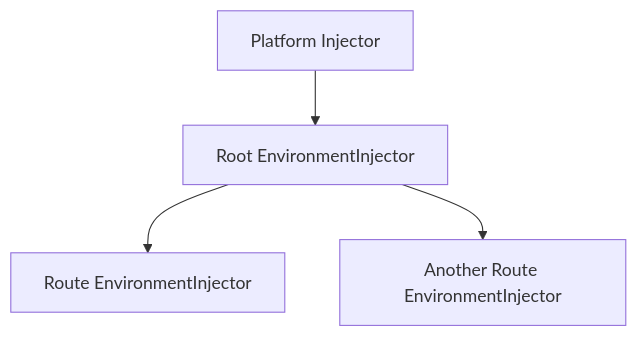
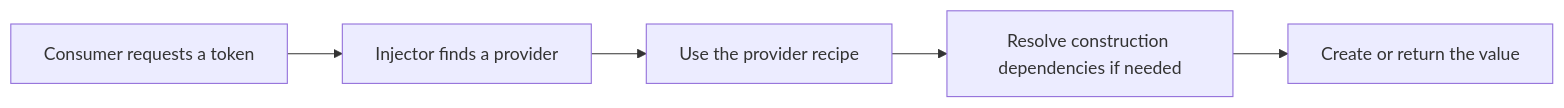
The first of 2 diagrams in src/content/blog/angular-dependency-injection.md (theo-matzavinos/dump), drawn with Mermaid before and after one commit. The commit also changed other lines of this file, not shown here.

````diff
--- a/src/content/blog/angular-dependency-injection.md
+++ b/src/content/blog/angular-dependency-injection.md
@@ -493,11 +109,7 @@
 ```mermaid
-flowchart TD
-  P[Platform Injector]
-  R[Root EnvironmentInjector]
-  RouteA[Route EnvironmentInjector]
-  RouteB[Another Route EnvironmentInjector]
-
-  P --> R
-  R --> RouteA
-  R --> RouteB
+flowchart LR
+    C[Consumer requests a token] --> I[Injector finds a provider]
+    I --> P[Use the provider recipe]
+    P --> D[Resolve construction dependencies if needed]
+    D --> V[Create or return the value]
 ```
````
